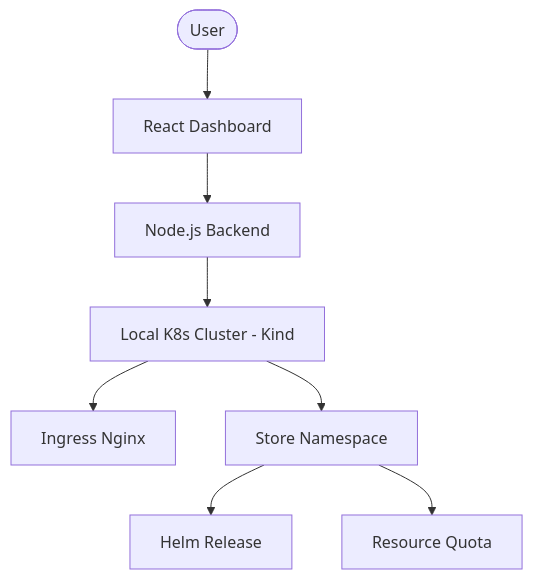
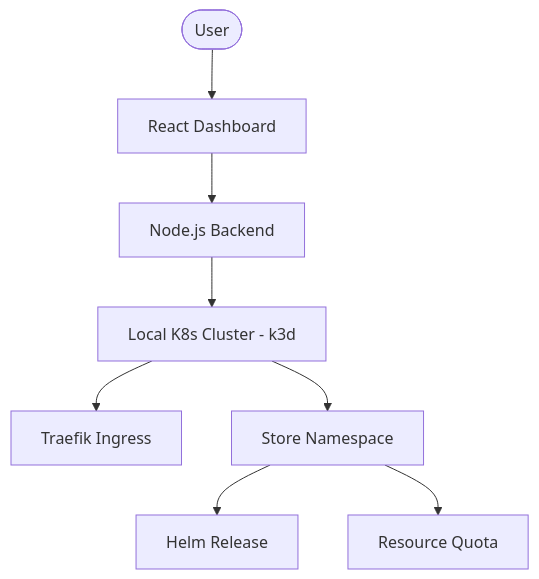
The diagram in README.md (ADC-1747/store-platform), drawn with Mermaid before and after one commit. The commit also changed other lines of this file and 16 other files, not shown here.

````diff
--- a/README.md
+++ b/README.md
@@ -21,10 +21,10 @@
 ```mermaid
 graph TD
     User([User]) --> Dashboard[React Dashboard]
     Dashboard --> Backend[Node.js Backend]
-    Backend --> K8s[Local K8s Cluster - Kind]
-    K8s --> Ingress[Ingress Nginx]
+    Backend --> K8s[Local K8s Cluster - k3d]
+    K8s --> Ingress[Traefik Ingress]
     K8s --> StoreNS[Store Namespace]
     StoreNS --> Helm[Helm Release]
     StoreNS --> Quota[Resource Quota]
 ```
````
